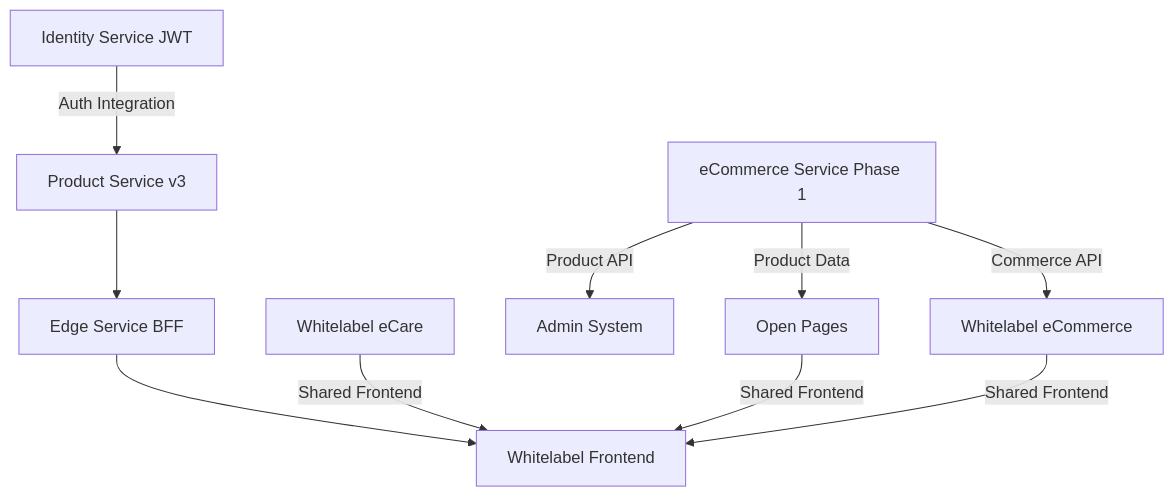
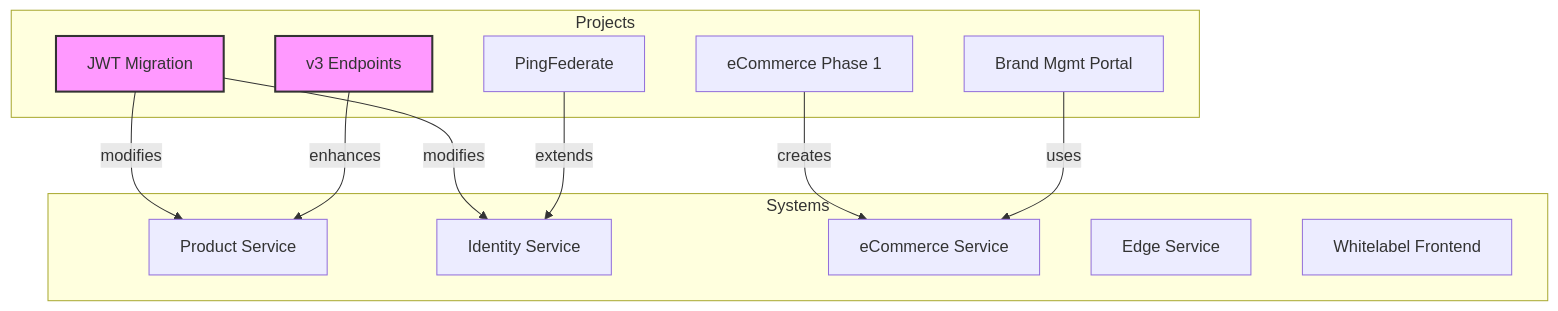
The diagram in docs/portfolio/README.md (Nschumi/work-docs-work), drawn with Mermaid before and after one commit. The commit also changed other lines of this file and 18 other files, not shown here.

````diff
--- a/docs/portfolio/README.md
+++ b/docs/portfolio/README.md
@@ -54,14 +77,28 @@
 ```mermaid
 graph TD
-    A[Identity Service JWT] -->|Auth Integration| B[Product Service v3]
-    B --> C[Edge Service BFF]
-    C --> D[Whitelabel Frontend]
+    subgraph Systems
+        PS[Product Service]
+        IS[Identity Service]
+        ES[eCommerce Service]
+        EDGE[Edge Service]
+        WF[Whitelabel Frontend]
+    end
     
-    E[eCommerce Service Phase 1] -->|Product Data| F[Open Pages]
-    E -->|Product API| G[Admin System]
-    E -->|Commerce API| H[Whitelabel eCommerce]
+    subgraph Projects
+        JWT[JWT Migration]
+        V3[v3 Endpoints]
+        PING[PingFederate]
+        EC1[eCommerce Phase 1]
+        BMS[Brand Mgmt Portal]
+    end
     
-    I[Whitelabel eCare] -->|Shared Frontend| D
-    F -->|Shared Frontend| D
-    H -->|Shared Frontend| D
+    JWT -->|modifies| IS
+    JWT -->|modifies| PS
+    V3 -->|enhances| PS
+    PING -->|extends| IS
+    EC1 -->|creates| ES
+    BMS -->|uses| ES
+    
+    style JWT fill:#f9f,stroke:#333,stroke-width:2px
+    style V3 fill:#f9f,stroke:#333,stroke-width:2px
 ```
````
